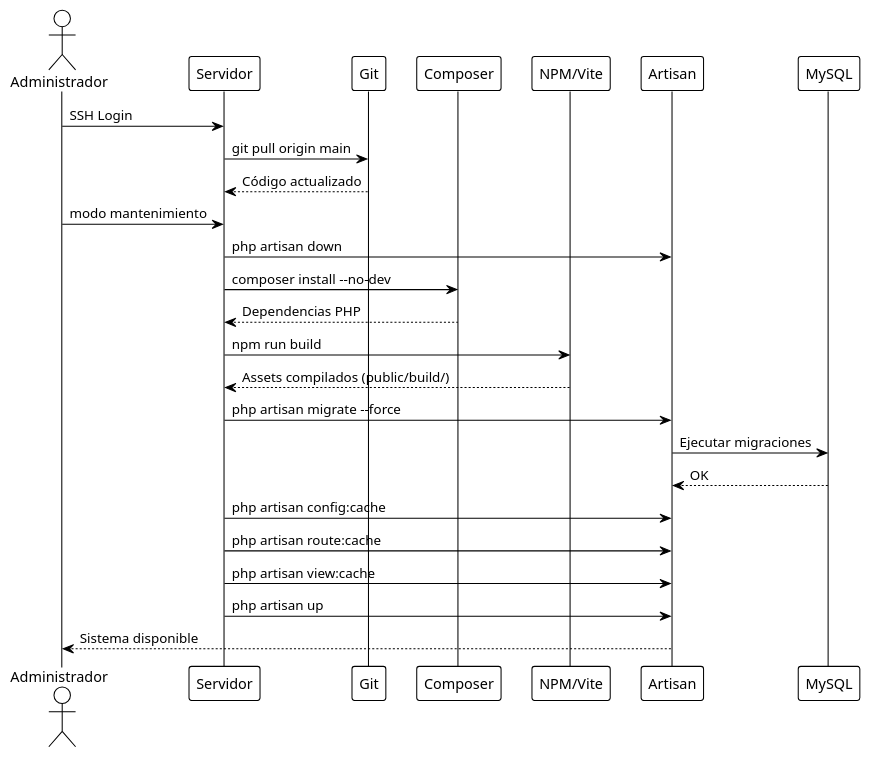
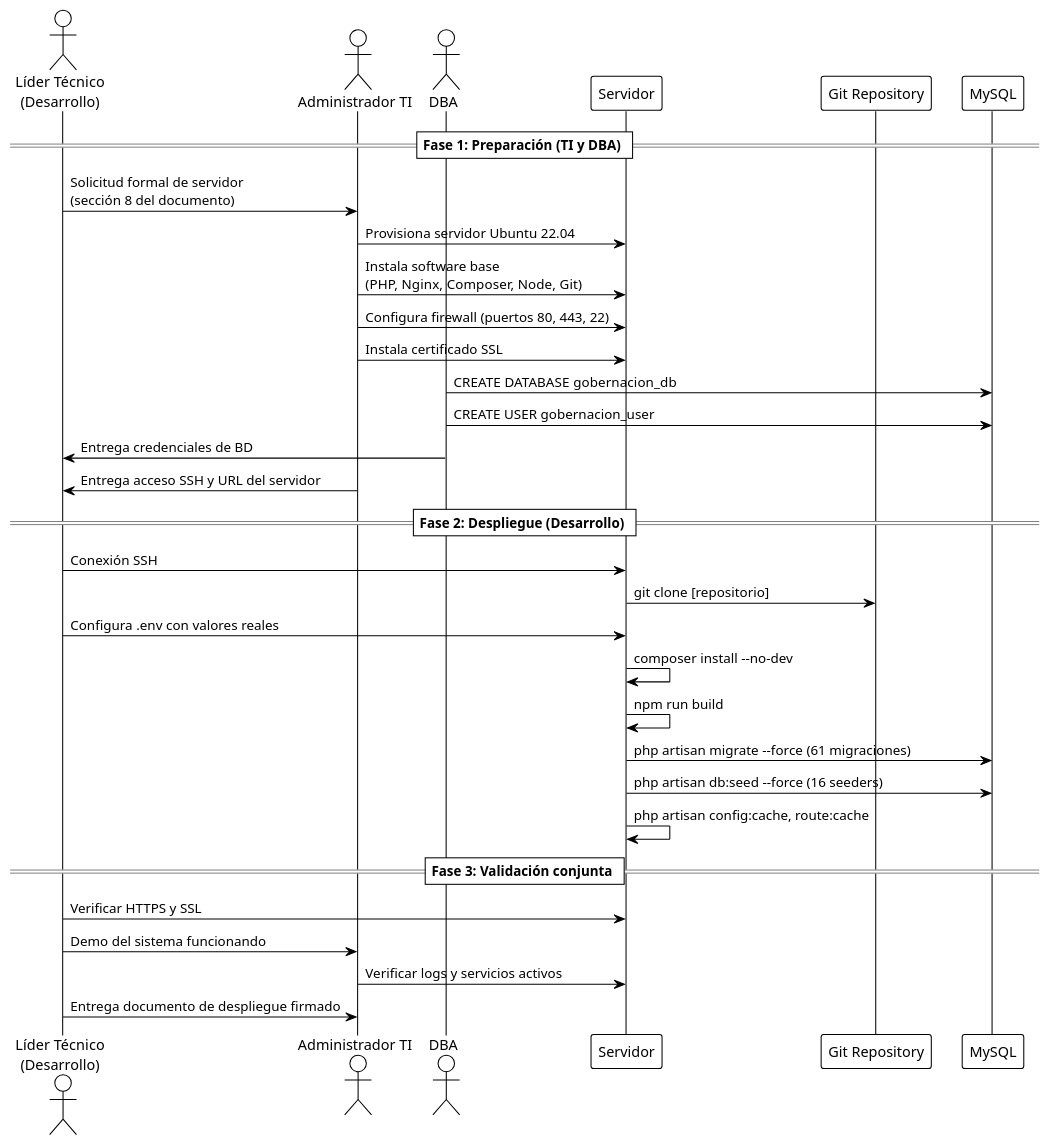
Before and after one commit to JuanNieto001/SeguimientoDocumentosGobernacion: the second of 2 diagrams in DOCUMENTO_DESPLIEGUE_SISTEMA.md, drawn with PlantUML. The commit also changed other lines of this file and 1 other file, not shown here.

````diff
--- a/DOCUMENTO_DESPLIEGUE_SISTEMA.md
+++ b/DOCUMENTO_DESPLIEGUE_SISTEMA.md
@@ -1340,38 +1972,40 @@
 ```plantuml
-@startuml SecuenciaDespliegue
+@startuml SecuenciaDespliegueInstitucional
 !theme plain
 
-actor Administrador
+actor "Líder Técnico\n(Desarrollo)" as dev
+actor "Administrador TI" as ti
+actor "DBA" as dba
 participant "Servidor" as S
-participant "Git" as G
-participant "Composer" as C
-participant "NPM/Vite" as N
-participant "Artisan" as A
+participant "Git Repository" as G
 participant "MySQL" as DB
 
-Administrador -> S: SSH Login
-S -> G: git pull origin main
-G --> S: Código actualizado
+== Fase 1: Preparación (TI y DBA) ==
+dev -> ti: Solicitud formal de servidor\n(sección 8 del documento)
+ti -> S: Provisiona servidor Ubuntu 22.04
+ti -> S: Instala software base\n(PHP, Nginx, Composer, Node, Git)
+ti -> S: Configura firewall (puertos 80, 443, 22)
+ti -> S: Instala certificado SSL
+dba -> DB: CREATE DATABASE gobernacion_db
+dba -> DB: CREATE USER gobernacion_user
+dba -> dev: Entrega credenciales de BD
+ti -> dev: Entrega acceso SSH y URL del servidor
 
-Administrador -> S: modo mantenimiento
-S -> A: php artisan down
+== Fase 2: Despliegue (Desarrollo) ==
+dev -> S: Conexión SSH
+S -> G: git clone [repositorio]
+dev -> S: Configura .env con valores reales
+S -> S: composer install --no-dev
+S -> S: npm run build
+S -> DB: php artisan migrate --force (61 migraciones)
+S -> DB: php artisan db:seed --force (16 seeders)
+S -> S: php artisan config:cache, route:cache
 
-S -> C: composer install --no-dev
-C --> S: Dependencias PHP
-
-S -> N: npm run build
-N --> S: Assets compilados (public/build/)
-
-S -> A: php artisan migrate --force
-A -> DB: Ejecutar migraciones
-DB --> A: OK
-
-S -> A: php artisan config:cache
-S -> A: php artisan route:cache
-S -> A: php artisan view:cache
-
-S -> A: php artisan up
-A --> Administrador: Sistema disponible
+== Fase 3: Validación conjunta ==
+dev -> S: Verificar HTTPS y SSL
+dev -> ti: Demo del sistema funcionando
+ti -> S: Verificar logs y servicios activos
+dev -> ti: Entrega documento de despliegue firmado
 
 @enduml
 ```
````
